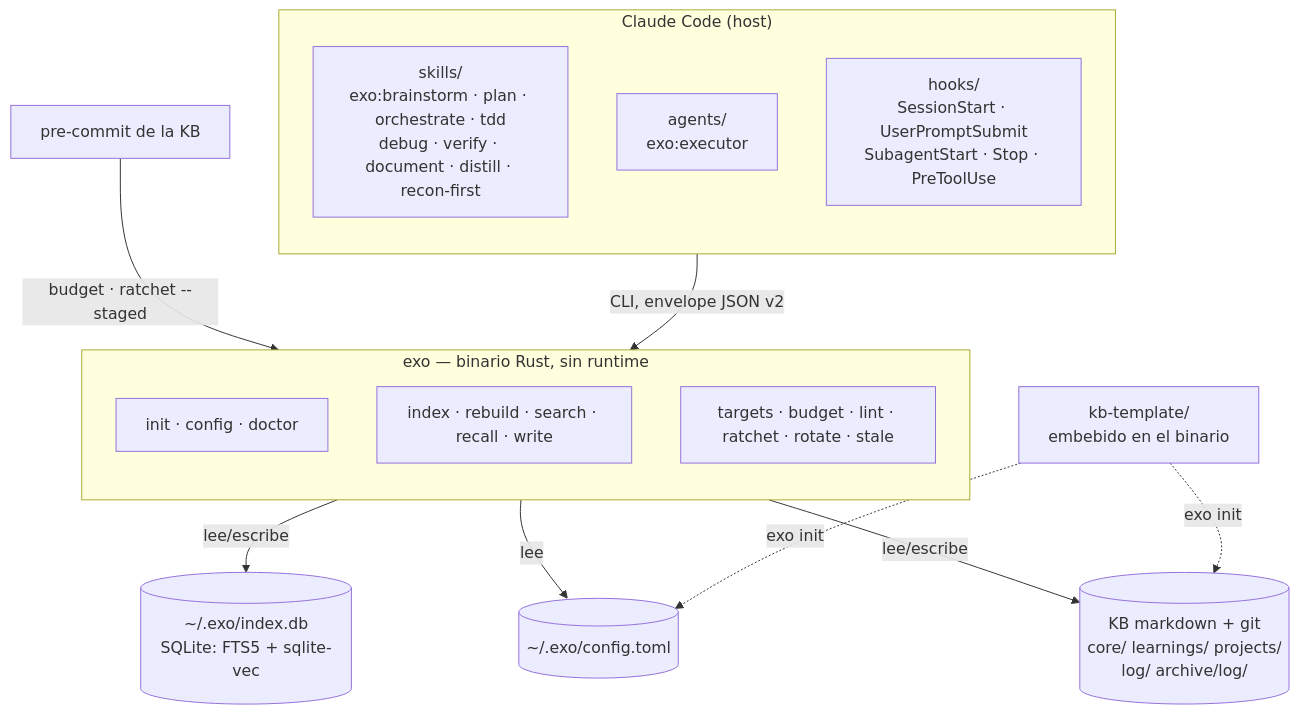
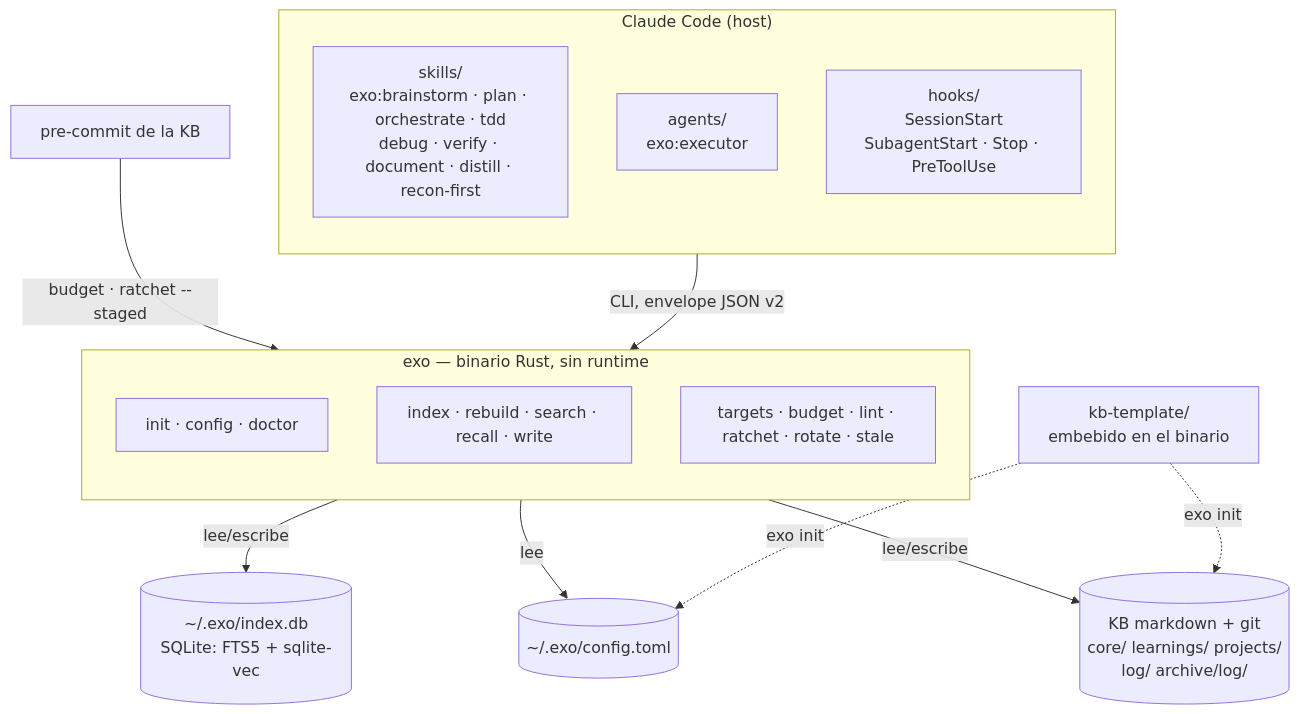
The diagram in README.md (pguerrerolinares/exo), drawn with Mermaid before and after one commit. The commit also changed other lines of this file and 20 other files, not shown here.

````diff
--- a/README.md
+++ b/README.md
@@ -61,30 +61,30 @@
 ```mermaid
 flowchart TB
     subgraph host["Claude Code (host)"]
         direction TB
         skills["skills/<br/>exo:brainstorm · plan · orchestrate · tdd<br/>debug · verify · document · distill · recon-first"]
         agent["agents/<br/>exo:executor"]
-        hooks["hooks/<br/>SessionStart · UserPromptSubmit<br/>SubagentStart · Stop · PreToolUse"]
+        hooks["hooks/<br/>SessionStart<br/>SubagentStart · Stop · PreToolUse"]
     end
 
     subgraph bin["exo — binario Rust, sin runtime"]
         direction TB
         c1["init · config · doctor"]
         c2["index · rebuild · search · recall · write"]
         c3["targets · budget · lint · ratchet · rotate · stale"]
     end
 
     cfg[("~/.exo/config.toml")]
     db[("~/.exo/index.db<br/>SQLite: FTS5 + sqlite-vec")]
     kb[("KB markdown + git<br/>core/ learnings/ projects/<br/>log/ archive/log/")]
     tpl["kb-template/<br/>embebido en el binario"]
     pc["pre-commit de la KB"]
 
     host -->|"CLI, envelope JSON v2"| bin
     pc -->|"budget · ratchet --staged"| bin
     bin -->|lee| cfg
     bin -->|lee/escribe| db
     bin -->|lee/escribe| kb
     tpl -.->|"exo init"| kb
     tpl -.->|"exo init"| cfg
 ```
````
